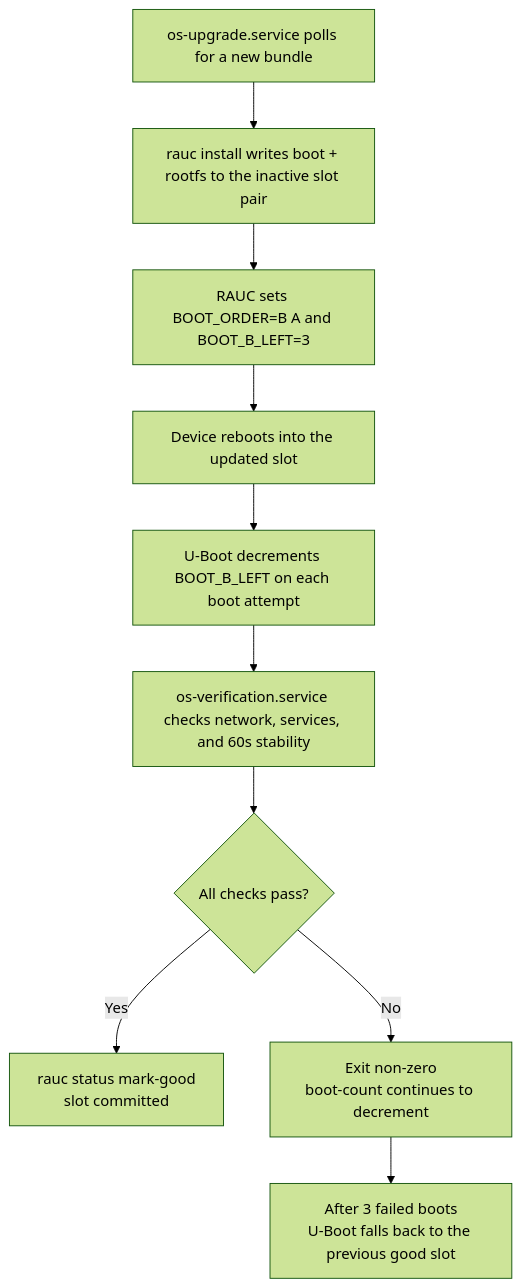
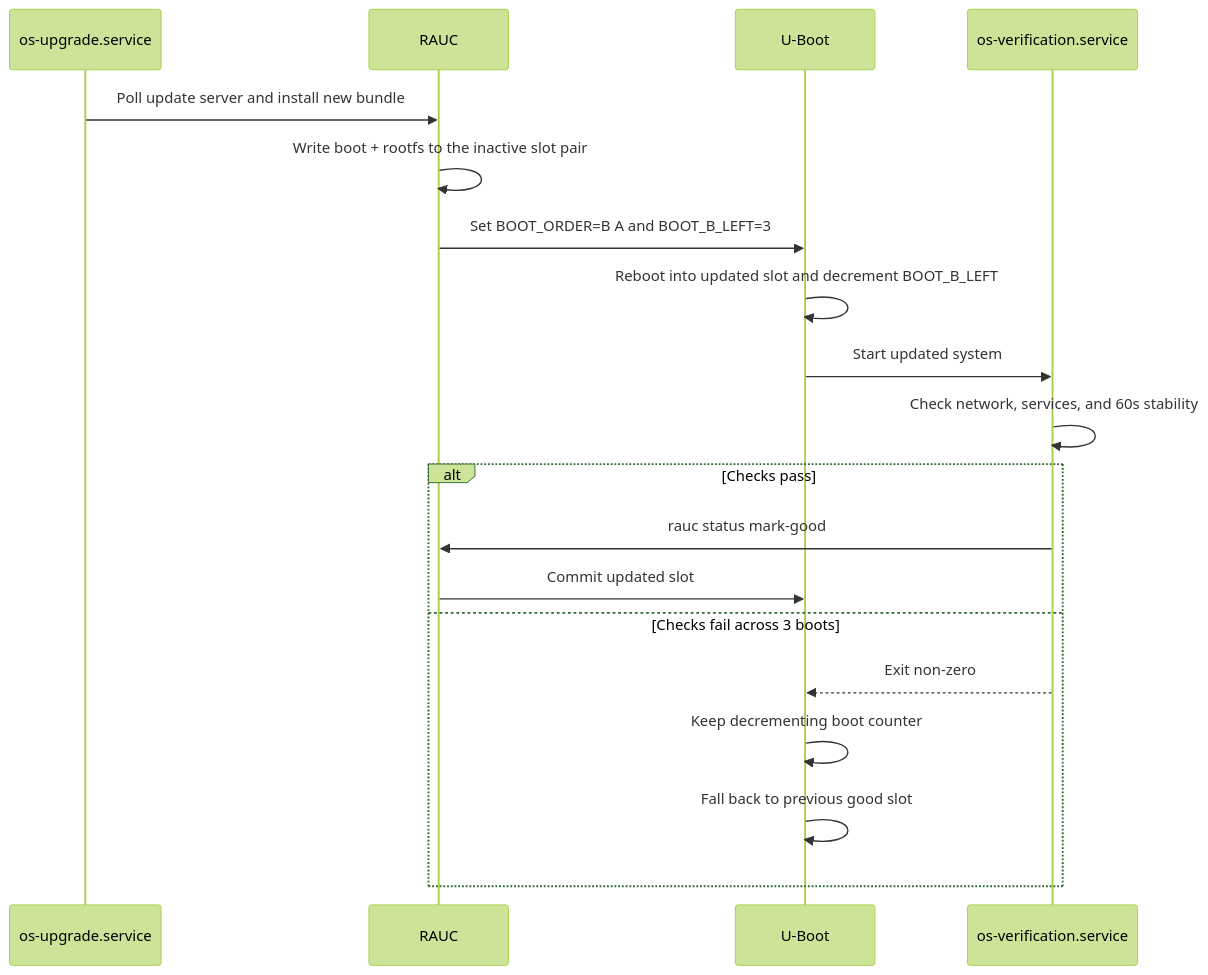
One commit to RobertDeRose/atomixos changed the diagram in docs/src/architecture/update-rollback.md. Above: the diagram before and after it, drawn with Mermaid (forest theme). The commit also changed 32 other files, not shown here.

````diff
--- a/docs/src/architecture/update-rollback.md
+++ b/docs/src/architecture/update-rollback.md
@@ -8,13 +8,22 @@
 ```mermaid
-flowchart TD
-    POLL["os-upgrade.service polls for a new bundle"]
-        --> INSTALL["rauc install writes boot + rootfs to the inactive slot pair"]
-    INSTALL --> ENV["RAUC sets BOOT_ORDER=B A and BOOT_B_LEFT=3"]
-    ENV --> REBOOT["Device reboots into the updated slot"]
-    REBOOT --> BOOTCOUNT["U-Boot decrements BOOT_B_LEFT on each boot attempt"]
-    BOOTCOUNT --> VERIFY["os-verification.service checks network, services, and 60s stability"]
-    VERIFY --> DECISION{"All checks pass?"}
-    DECISION -->|Yes| COMMIT["rauc status mark-good<br/>slot committed"]
-    DECISION -->|No| RETRY["Exit non-zero<br/>boot-count continues to decrement"]
-    RETRY --> FALLBACK["After 3 failed boots<br/>U-Boot falls back to the previous good slot"]
+sequenceDiagram
+    participant Upgrade as os-upgrade.service
+    participant RAUC
+    participant Boot as U-Boot
+    participant Verify as os-verification.service
+
+    Upgrade->>RAUC: Poll update server and install new bundle
+    RAUC->>RAUC: Write boot + rootfs to the inactive slot pair
+    RAUC->>Boot: Set BOOT_ORDER=B A and BOOT_B_LEFT=3
+    Boot->>Boot: Reboot into updated slot and decrement BOOT_B_LEFT
+    Boot->>Verify: Start updated system
+    Verify->>Verify: Check network, services, and 60s stability
+    alt Checks pass
+        Verify->>RAUC: rauc status mark-good
+        RAUC->>Boot: Commit updated slot
+    else Checks fail across 3 boots
+        Verify-->>Boot: Exit non-zero
+        Boot->>Boot: Keep decrementing boot counter
+        Boot->>Boot: Fall back to previous good slot
+    end
 ```
````
